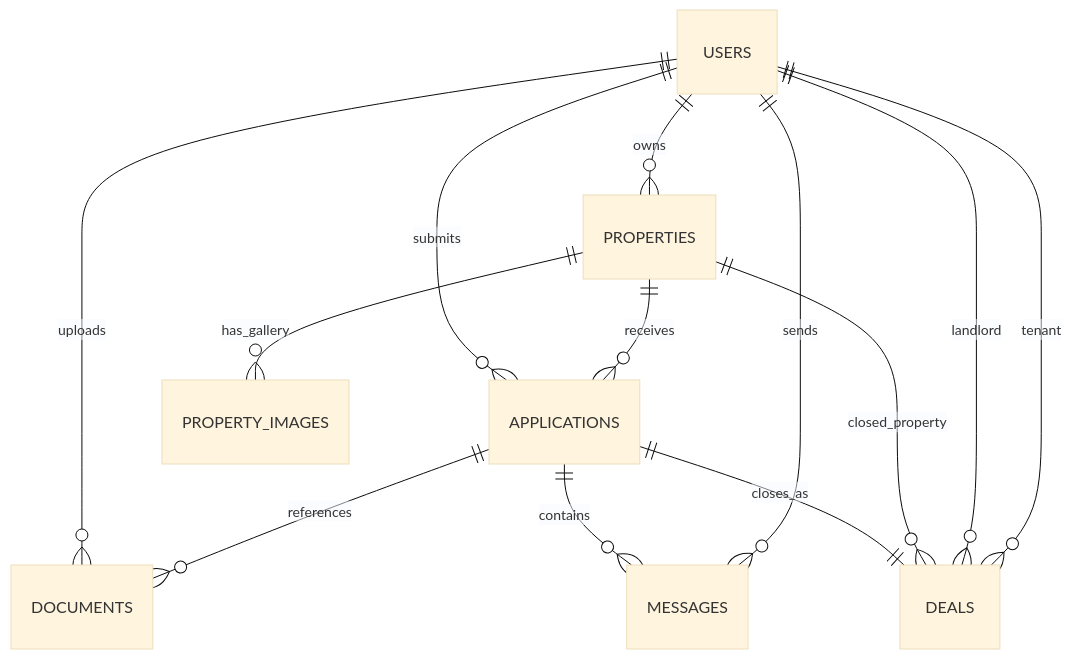
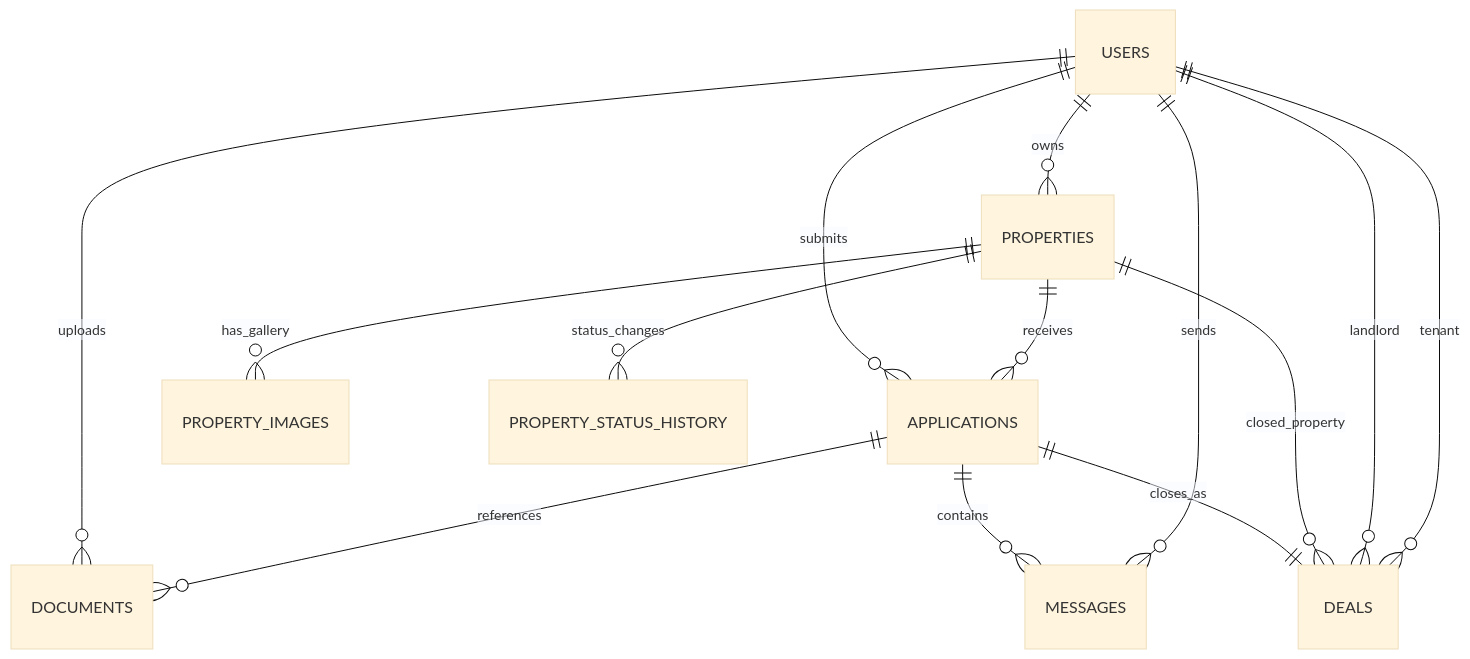
One commit to Carlos-could/backend-alquila changed the diagram in docs/data-model.md. Above: the diagram before and after it, drawn with Mermaid (base theme). The commit also changed other lines of this file and 9 other files, not shown here.

````diff
--- a/docs/data-model.md
+++ b/docs/data-model.md
@@ -17,15 +18,16 @@
 ```mermaid
 erDiagram
     USERS ||--o{ PROPERTIES : owns
     USERS ||--o{ APPLICATIONS : submits
     PROPERTIES ||--o{ APPLICATIONS : receives
     USERS ||--o{ DOCUMENTS : uploads
     PROPERTIES ||--o{ PROPERTY_IMAGES : has_gallery
+    PROPERTIES ||--o{ PROPERTY_STATUS_HISTORY : status_changes
     APPLICATIONS ||--o{ DOCUMENTS : references
     APPLICATIONS ||--o{ MESSAGES : contains
     USERS ||--o{ MESSAGES : sends
     APPLICATIONS ||--|| DEALS : closes_as
     PROPERTIES ||--o{ DEALS : closed_property
     USERS ||--o{ DEALS : landlord
     USERS ||--o{ DEALS : tenant
 ```
````
